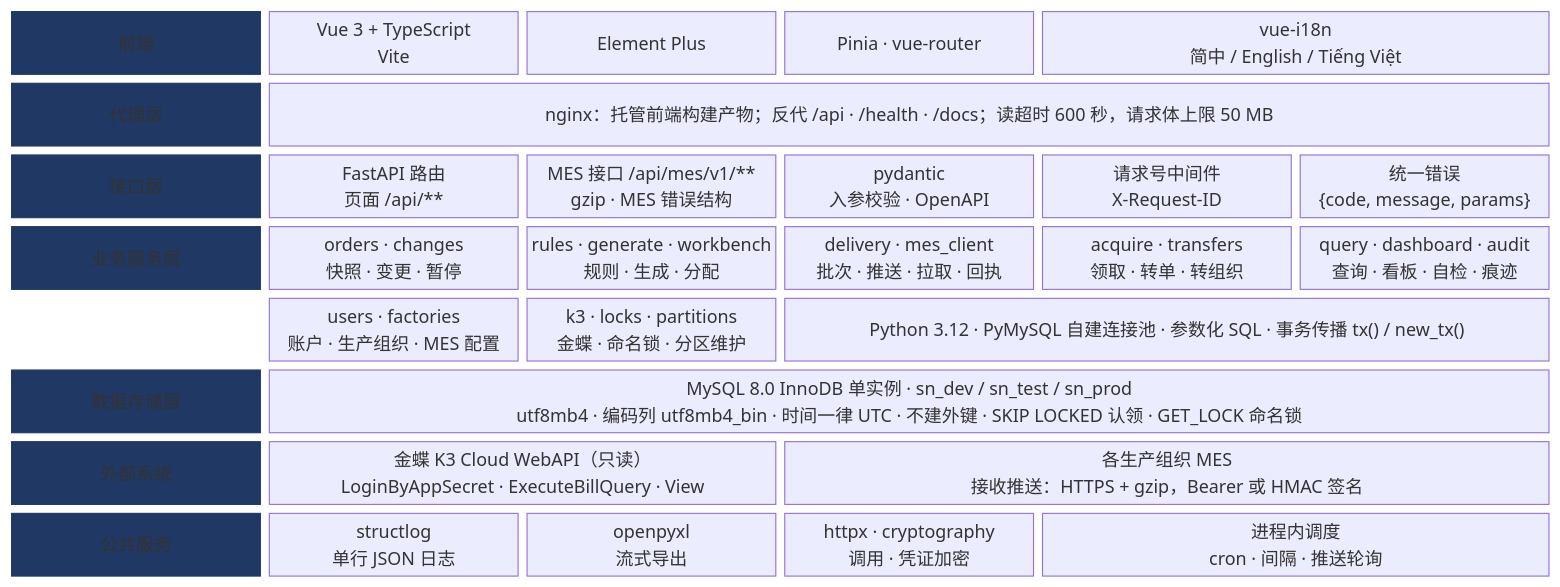
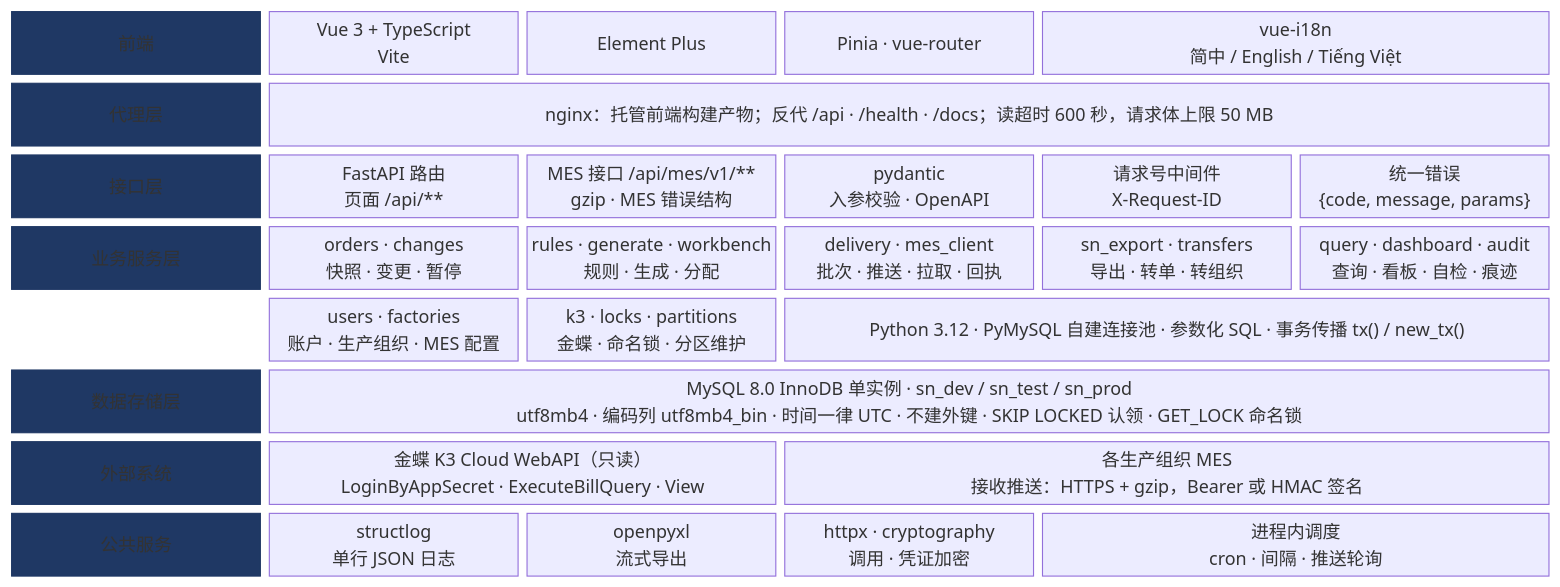
One commit to Createsnow/sn-center changed the diagram in docs/images/系统技术方案/fig2-2-tech.mmd. Above: the diagram before and after it, drawn with Mermaid. The commit also changed 80 other files, not shown here.

```diff
--- a/docs/images/系统技术方案/fig2-2-tech.mmd
+++ b/docs/images/系统技术方案/fig2-2-tech.mmd
@@ -1,12 +1,12 @@
 block-beta
   columns 6
   T1["前端"]:1 F1["Vue 3 + TypeScript<br/>Vite"] F2["Element Plus"] F3["Pinia · vue-router"] F4["vue-i18n<br/>简中 / English / Tiếng Việt"]:2
   T2["代理层"]:1 N1["nginx：托管前端构建产物；反代 /api · /health · /docs；读超时 600 秒，请求体上限 50 MB"]:5
   T3["接口层"]:1 I1["FastAPI 路由<br/>页面 /api/**"] I2["MES 接口 /api/mes/v1/**<br/>gzip · MES 错误结构"] I3["pydantic<br/>入参校验 · OpenAPI"] I4["请求号中间件<br/>X-Request-ID"] I5["统一错误<br/>{code, message, params}"]
-  T4["业务服务层"]:1 B1["orders · changes<br/>快照 · 变更 · 暂停"] B2["rules · generate · workbench<br/>规则 · 生成 · 分配"] B3["delivery · mes_client<br/>批次 · 推送 · 拉取 · 回执"] B4["acquire · transfers<br/>领取 · 转单 · 转组织"] B5["query · dashboard · audit<br/>查询 · 看板 · 自检 · 痕迹"]
+  T4["业务服务层"]:1 B1["orders · changes<br/>快照 · 变更 · 暂停"] B2["rules · generate · workbench<br/>规则 · 生成 · 分配"] B3["delivery · mes_client<br/>批次 · 推送 · 拉取 · 回执"] B4["sn_export · transfers<br/>导出 · 转单 · 转组织"] B5["query · dashboard · audit<br/>查询 · 看板 · 自检 · 痕迹"]
   space:1 B6["users · factories<br/>账户 · 生产组织 · MES 配置"] B7["k3 · locks · partitions<br/>金蝶 · 命名锁 · 分区维护"] B8["Python 3.12 · PyMySQL 自建连接池 · 参数化 SQL · 事务传播 tx() / new_tx()"]:3
   T5["数据存储层"]:1 DB1["MySQL 8.0 InnoDB 单实例 · sn_dev / sn_test / sn_prod<br/>utf8mb4 · 编码列 utf8mb4_bin · 时间一律 UTC · 不建外键 · SKIP LOCKED 认领 · GET_LOCK 命名锁"]:5
   T6["外部系统"]:1 E1["金蝶 K3 Cloud WebAPI（只读）<br/>LoginByAppSecret · ExecuteBillQuery · View"]:2 E2["各生产组织 MES<br/>接收推送：HTTPS + gzip，Bearer 或 HMAC 签名"]:3
   T7["公共服务"]:1 C1["structlog<br/>单行 JSON 日志"] C2["openpyxl<br/>流式导出"] C3["httpx · cryptography<br/>调用 · 凭证加密"] C4["进程内调度<br/>cron · 间隔 · 推送轮询"]:2
   classDef layer fill:#1f3864,color:#fff,stroke:#1f3864
   class T1,T2,T3,T4,T5,T6,T7 layer
```
